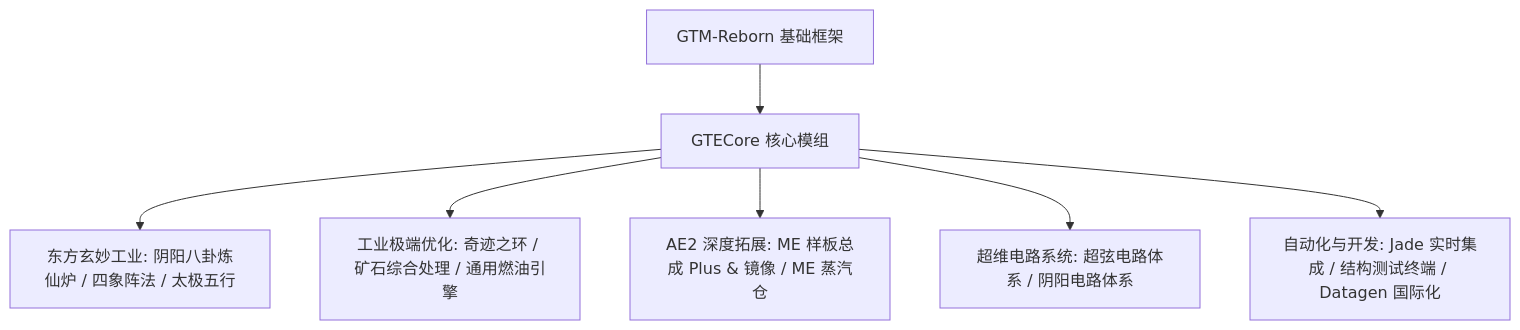
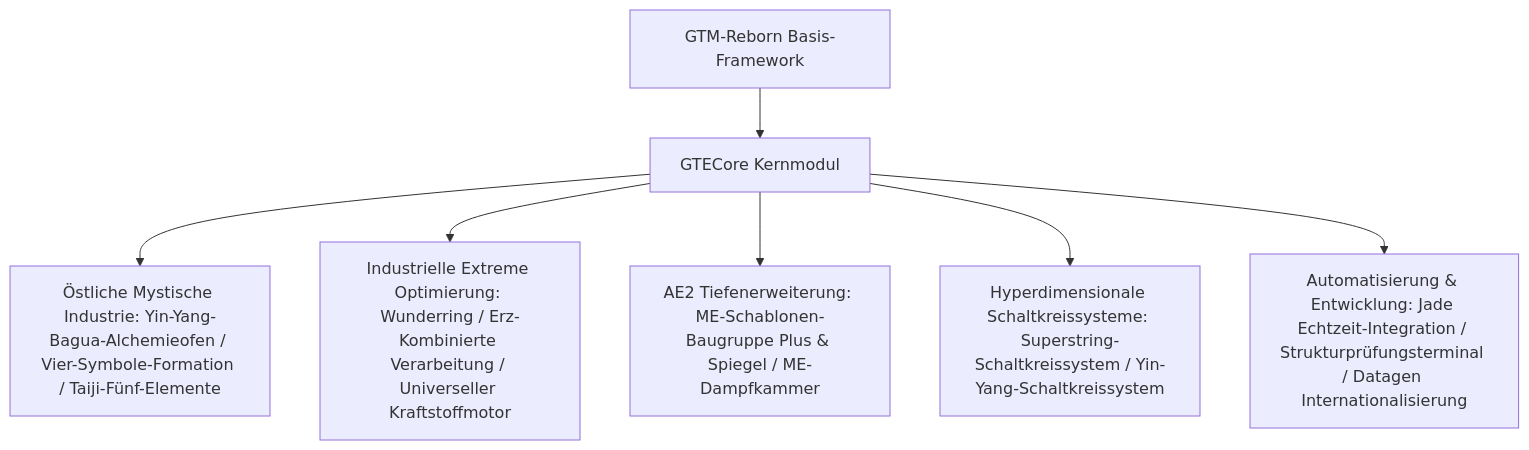
One commit to takanashisatou/GregtechEasy-Docs changed the diagram in docs/de/gtecore/overview.md. Above: the diagram before and after it, drawn with Mermaid. The commit also changed other lines of this file and 99 other files, not shown here.

````diff
--- a/docs/de/gtecore/overview.md
+++ b/docs/de/gtecore/overview.md
@@ -9,9 +9,9 @@
 ```mermaid
 graph TD
-    A[GTM-Reborn 基础框架] --> B[GTECore 核心模组]
-    B --> C[东方玄妙工业: 阴阳八卦炼仙炉 / 四象阵法 / 太极五行]
-    B --> D[工业极端优化: 奇迹之环 / 矿石综合处理 / 通用燃油引擎]
-    B --> E[AE2 深度拓展: ME 样板总成 Plus & 镜像 / ME 蒸汽仓]
-    B --> F[超维电路系统: 超弦电路体系 / 阴阳电路体系]
-    B --> G[自动化与开发: Jade 实时集成 / 结构测试终端 / Datagen 国际化]
+    A[GTM-Reborn Basis-Framework] --> B[GTECore Kernmodul]
+    B --> C[Östliche Mystische Industrie: Yin-Yang-Bagua-Alchemieofen / Vier-Symbole-Formation / Taiji-Fünf-Elemente]
+    B --> D[Industrielle Extreme Optimierung: Wunderring / Erz-Kombinierte Verarbeitung / Universeller Kraftstoffmotor]
+    B --> E[AE2 Tiefenerweiterung: ME-Schablonen-Baugruppe Plus & Spiegel / ME-Dampfkammer]
+    B --> F[Hyperdimensionale Schaltkreissysteme: Superstring-Schaltkreissystem / Yin-Yang-Schaltkreissystem]
+    B --> G[Automatisierung & Entwicklung: Jade Echtzeit-Integration / Strukturprüfungsterminal / Datagen Internationalisierung]
 ```
````
